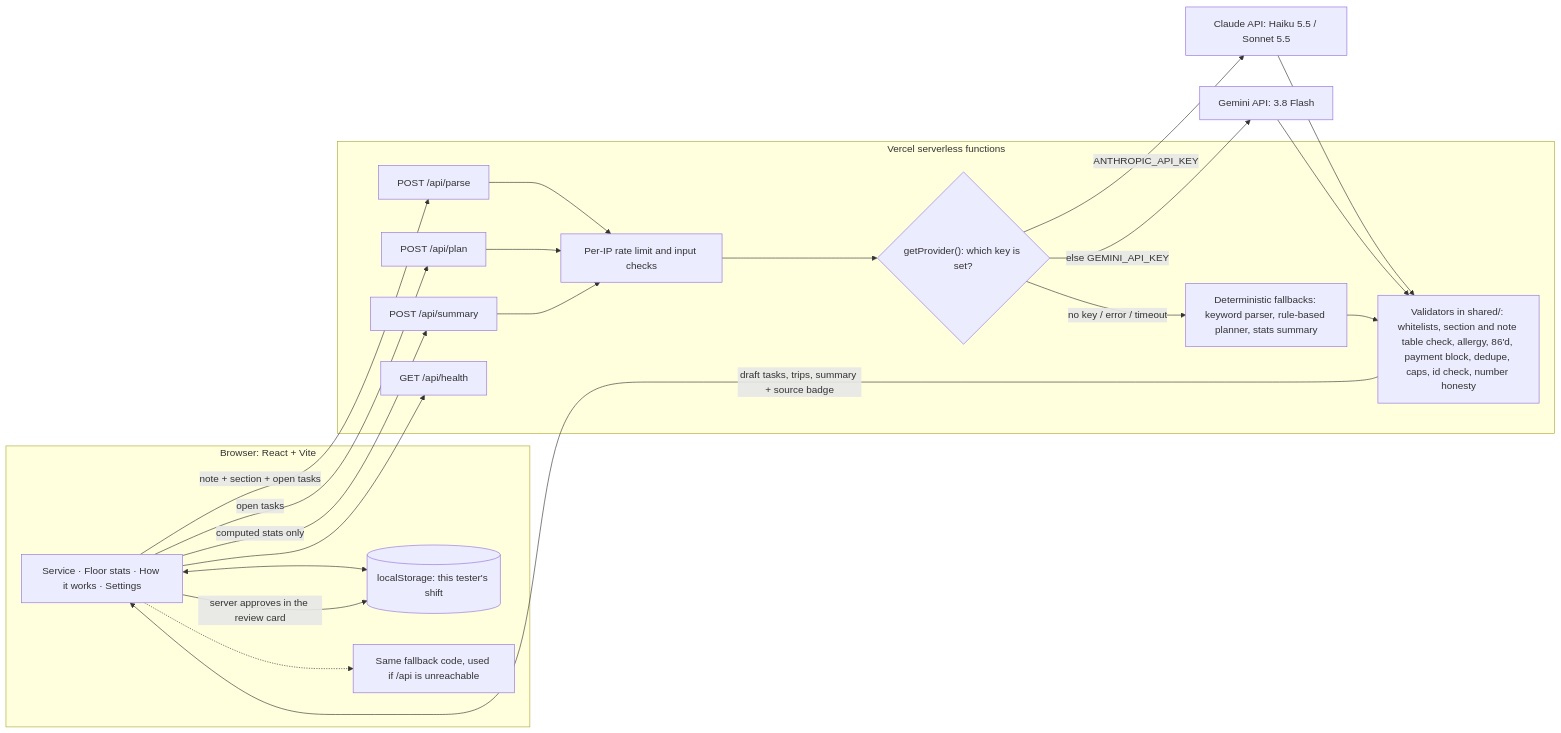
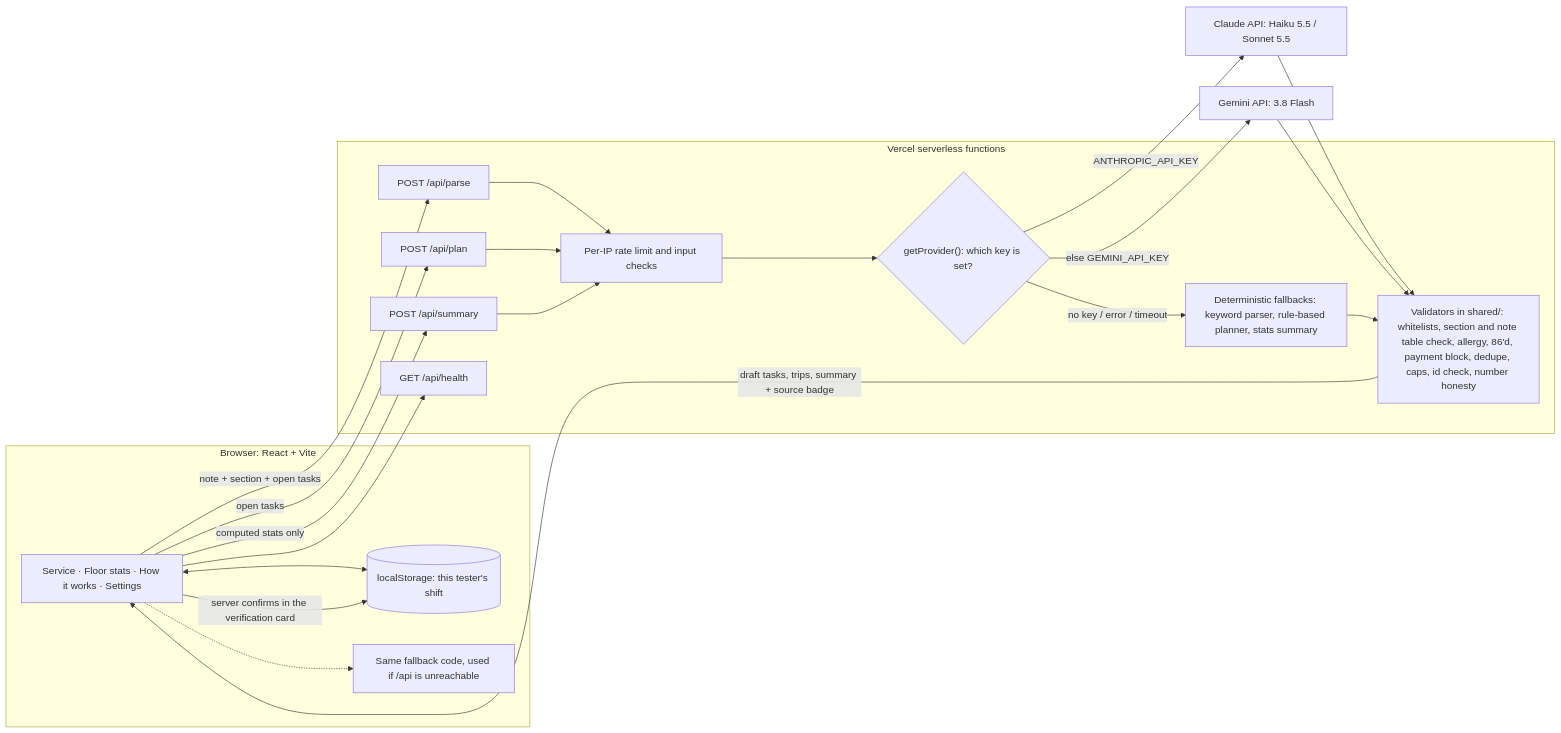
The diagram in docs/PROJECT_SUMMARY.md (tshusanta/waiterly), drawn with Mermaid before and after one commit. The commit also changed other lines of this file and 8 other files, not shown here.

````diff
--- a/docs/PROJECT_SUMMARY.md
+++ b/docs/PROJECT_SUMMARY.md
@@ -59,38 +60,38 @@
 ```mermaid
 flowchart LR
   subgraph Browser["Browser: React + Vite"]
     UI["Service · Floor stats · How it works · Settings"]
     LS[("localStorage: this tester's shift")]
     OFF["Same fallback code, used if /api is unreachable"]
     UI <--> LS
     UI -.-> OFF
   end
 
   subgraph Vercel["Vercel serverless functions"]
     PARSE["POST /api/parse"]
     PLAN["POST /api/plan"]
     SUM["POST /api/summary"]
     HEALTH["GET /api/health"]
     RL["Per-IP rate limit and input checks"]
     SEL{"getProvider(): which key is set?"}
     VAL["Validators in shared/: whitelists, section and note table check, allergy, 86'd, payment block, dedupe, caps, id check, number honesty"]
     FB["Deterministic fallbacks: keyword parser, rule-based planner, stats summary"]
   end
 
   CLAUDE["Claude API: Haiku 5.5 / Sonnet 5.5"]
   GEMINI["Gemini API: 3.8 Flash"]
 
   UI -- "note + section + open tasks" --> PARSE
   UI -- "open tasks" --> PLAN
   UI -- "computed stats only" --> SUM
   UI --> HEALTH
   PARSE & PLAN & SUM --> RL --> SEL
   SEL -- "ANTHROPIC_API_KEY" --> CLAUDE
   SEL -- "else GEMINI_API_KEY" --> GEMINI
   SEL -- "no key / error / timeout" --> FB
   CLAUDE --> VAL
   GEMINI --> VAL
   FB --> VAL
   VAL -- "draft tasks, trips, summary + source badge" --> UI
-  UI -- "server approves in the review card" --> LS
+  UI -- "server confirms in the verification card" --> LS
 ```
````
